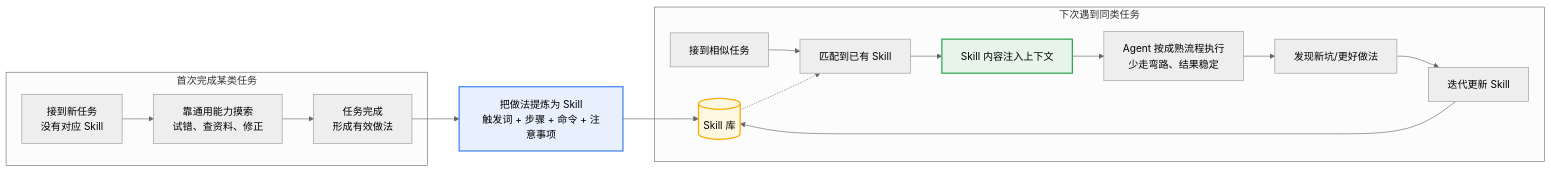
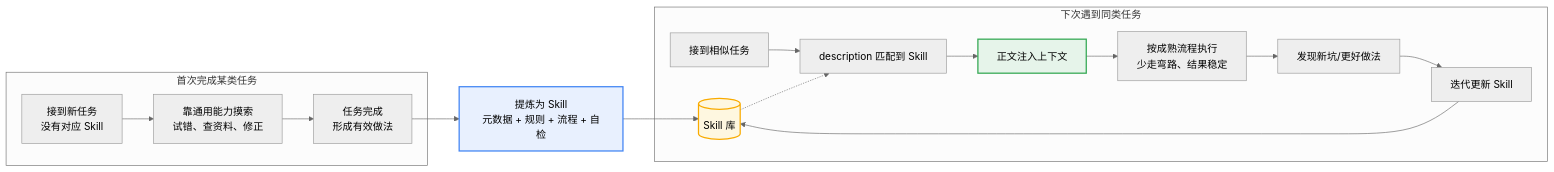
Before and after one commit to 5210503/statistics-data-analysis: the fourth of 4 diagrams in concept-relationship.md, drawn with Mermaid (neutral theme). The commit also changed other lines of this file and 5 other files, not shown here.

Commit message:
内容修正：新增 Skill 学习资料取代错误的 v2 版本，重写概念关系图，同步索引与 README

````diff
--- a/concept-relationship.md
+++ b/concept-relationship.md
@@ -101,23 +121,23 @@
 ```mermaid
 flowchart LR
     subgraph 首次任务[首次完成某类任务]
         T1[接到新任务<br/>没有对应 Skill] --> T2[靠通用能力摸索<br/>试错、查资料、修正]
         T2 --> T3[任务完成<br/>形成有效做法]
     end
-    T3 --> Save[把做法提炼为 Skill<br/>触发词 + 步骤 + 命令 + 注意事项]
+    T3 --> Save[提炼为 Skill<br/>元数据 + 规则 + 流程 + 自检]
     Save --> Lib[(Skill 库)]
 
     subgraph 再次任务[下次遇到同类任务]
-        N1[接到相似任务] --> Match[匹配到已有 Skill]
-        Match --> Inject[Skill 内容注入上下文]
-        Inject --> N2[Agent 按成熟流程执行<br/>少走弯路、结果稳定]
+        N1[接到相似任务] --> Match[description 匹配到 Skill]
+        Match --> Inject[正文注入上下文]
+        Inject --> N2[按成熟流程执行<br/>少走弯路、结果稳定]
         N3[发现新坑/更好做法] --> Update[迭代更新 Skill]
         N2 --> N3
         Update --> Lib
     end
     Lib -.-> Match
 
     style Save fill:#e8f0fe,stroke:#4285f4,stroke-width:2px
     style Lib fill:#fef7e0,stroke:#f9ab00,stroke-width:2px
     style Inject fill:#e6f4ea,stroke:#34a853,stroke-width:2px
 ```
````
